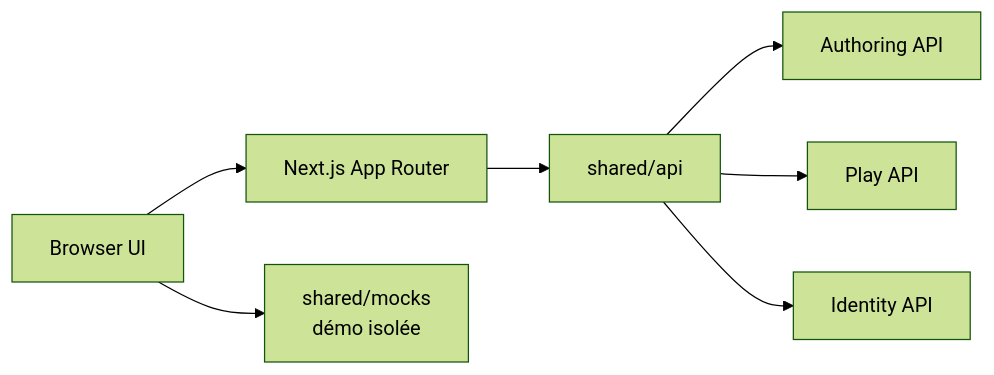
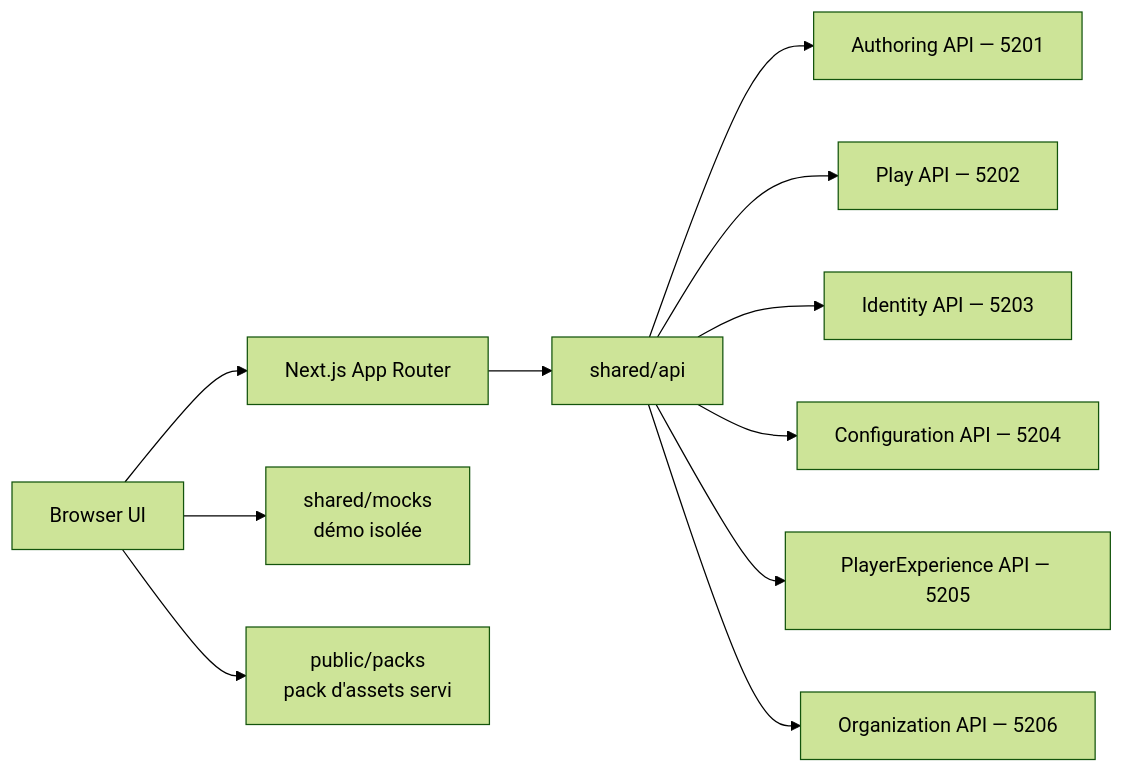
Before and after one commit to JordanLacroix/GenEngine.Web: the diagram in specs/architecture.md, drawn with Mermaid (forest theme). The commit also changed other lines of this file and 6 other files, not shown here.

````diff
--- a/specs/architecture.md
+++ b/specs/architecture.md
@@ -7,9 +7,13 @@
 ```mermaid
 flowchart LR
     BROWSER["Browser UI"] --> ROUTES["Next.js App Router"]
     ROUTES --> API["shared/api"]
-    API --> AUTHORING["Authoring API"]
-    API --> PLAY["Play API"]
-    API --> IDENTITY["Identity API"]
+    API --> AUTHORING["Authoring API — 5201"]
+    API --> PLAY["Play API — 5202"]
+    API --> IDENTITY["Identity API — 5203"]
+    API --> CONFIGURATION["Configuration API — 5204"]
+    API --> PLAYEREXPERIENCE["PlayerExperience API — 5205"]
+    API --> ORGANIZATION["Organization API — 5206"]
     BROWSER --> DEMO["shared/mocks<br/>démo isolée"]
+    BROWSER --> PACKS["public/packs<br/>pack d'assets servi"]
 ```
````
